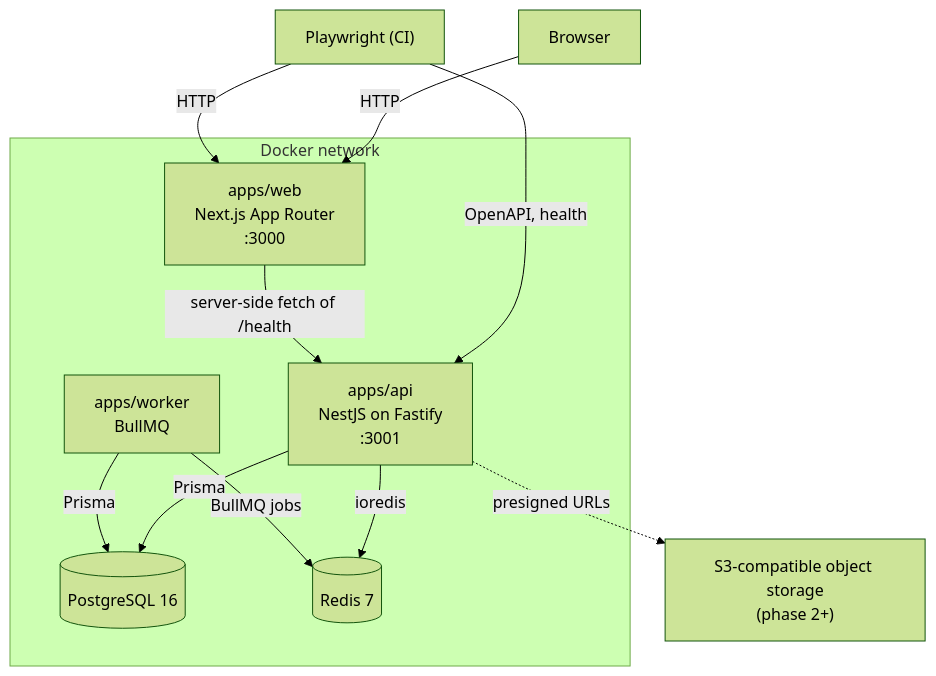
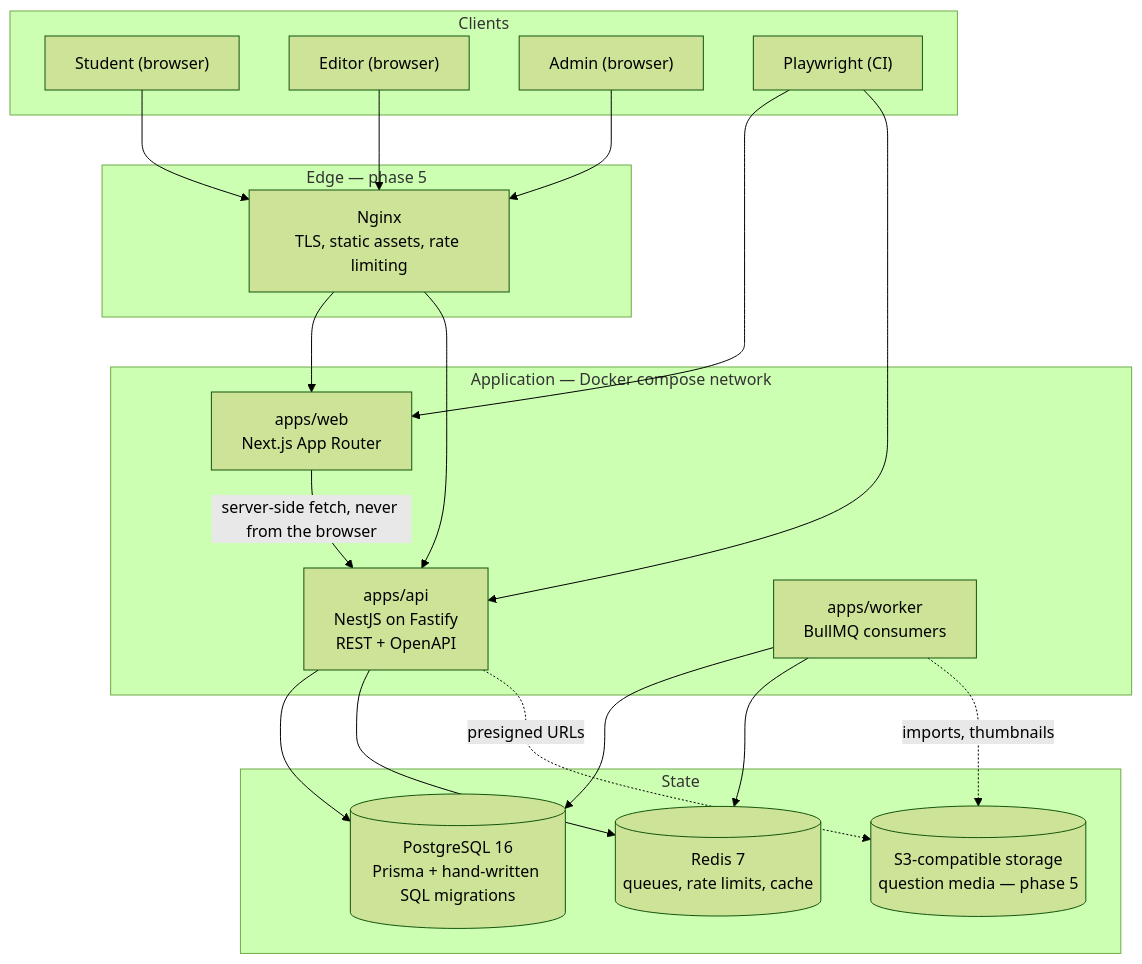
The first of 4 diagrams in docs/architecture.md (Kapil-viahwa/abhyas), drawn with Mermaid (forest theme) before and after one commit. The commit also changed other lines of this file and 4 other files, not shown here.

First line of the commit message:
docs: release 1 architecture, deployment, data model and permission matrix

````diff
--- a/docs/architecture.md
+++ b/docs/architecture.md
@@ -8,25 +10,40 @@
 ```mermaid
 flowchart TB
-  browser["Browser"]
-  playwright["Playwright (CI)"]
-
-  subgraph docker["Docker network"]
-    web["apps/web<br/>Next.js App Router<br/>:3000"]
-    api["apps/api<br/>NestJS on Fastify<br/>:3001"]
-    worker["apps/worker<br/>BullMQ"]
-    postgres[("PostgreSQL 16")]
-    redis[("Redis 7")]
+  subgraph clients["Clients"]
+    student["Student (browser)"]
+    editor["Editor (browser)"]
+    admin["Admin (browser)"]
+    playwright["Playwright (CI)"]
   end
 
-  cdn["S3-compatible object storage<br/>(phase 2+)"]
+  subgraph edge["Edge — phase 5"]
+    nginx["Nginx<br/>TLS, static assets, rate limiting"]
+  end
 
-  browser -->|HTTP| web
-  playwright -->|HTTP| web
-  playwright -->|OpenAPI, health| api
-  web -->|server-side fetch of /health| api
-  api -->|Prisma| postgres
-  api -->|ioredis| redis
-  worker -->|BullMQ jobs| redis
-  worker -->|Prisma| postgres
-  api -.->|presigned URLs| cdn
+  subgraph app["Application — Docker compose network"]
+    web["apps/web<br/>Next.js App Router"]
+    api["apps/api<br/>NestJS on Fastify<br/>REST + OpenAPI"]
+    worker["apps/worker<br/>BullMQ consumers"]
+  end
+
+  subgraph state["State"]
+    pg[("PostgreSQL 16<br/>Prisma + hand-written SQL migrations")]
+    redis[("Redis 7<br/>queues, rate limits, cache")]
+    s3[("S3-compatible storage<br/>question media — phase 5")]
+  end
+
+  student --> nginx
+  editor --> nginx
+  admin --> nginx
+  playwright --> web
+  playwright --> api
+  nginx --> web
+  nginx --> api
+  web -->|server-side fetch, never from the browser| api
+  api --> pg
+  api --> redis
+  worker --> pg
+  worker --> redis
+  api -.->|presigned URLs| s3
+  worker -.->|imports, thumbnails| s3
 ```
````
